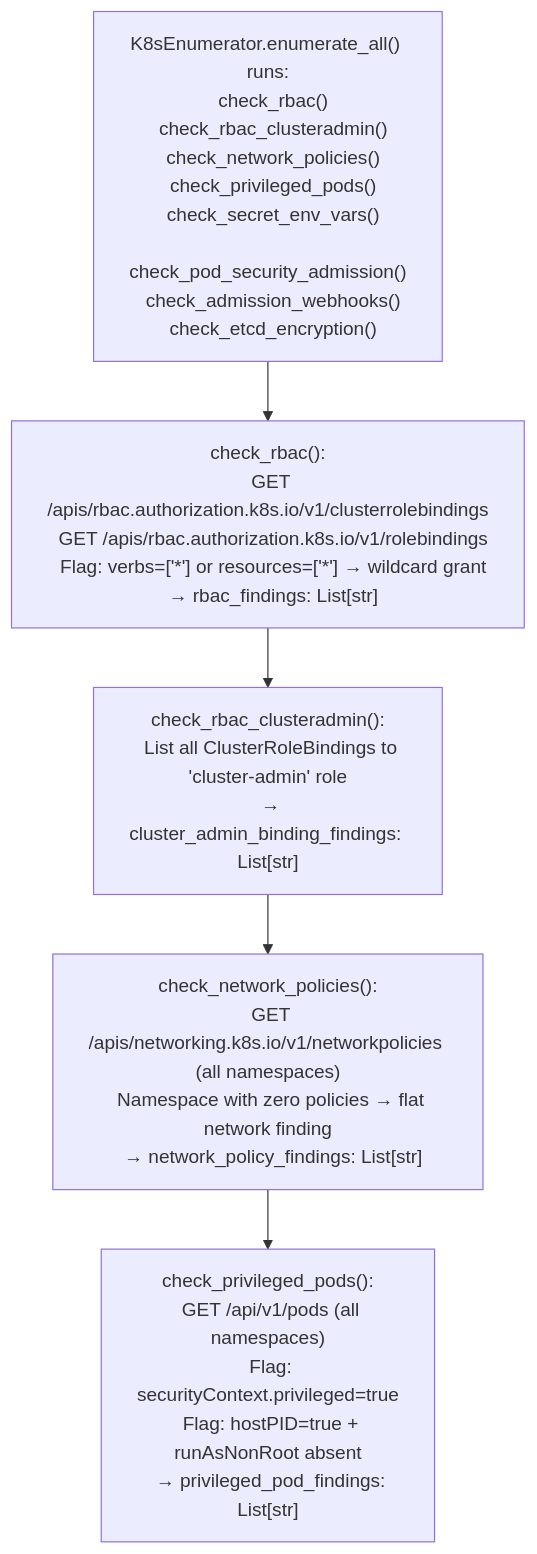
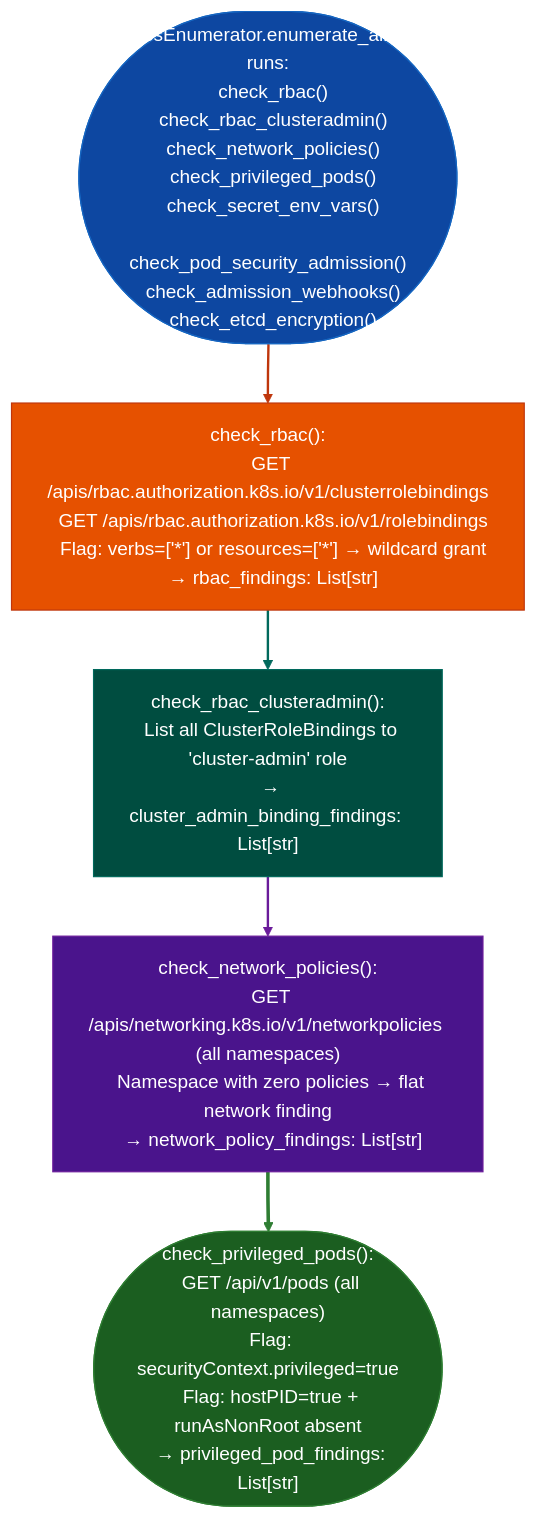
One commit to Ablation-Tool/ablation changed the diagram in docs/reference-modules/kubernetes-policy-posture.md. Above: the diagram before and after it, drawn with Mermaid. The commit also changed 320 other files, not shown here.

First line of the commit message:
docs: apply canonical Mermaid template to all 321 diagrams

````diff
--- a/docs/reference-modules/kubernetes-policy-posture.md
+++ b/docs/reference-modules/kubernetes-policy-posture.md
@@ -19,7 +19,17 @@
 ```mermaid
 flowchart TD
-    A["K8sEnumerator.enumerate_all() runs:\n  check_rbac()\n  check_rbac_clusteradmin()\n  check_network_policies()\n  check_privileged_pods()\n  check_secret_env_vars()\n  check_pod_security_admission()\n  check_admission_webhooks()\n  check_etcd_encryption()"] --> B["check_rbac():\n  GET /apis/rbac.authorization.k8s.io/v1/clusterrolebindings\n  GET /apis/rbac.authorization.k8s.io/v1/rolebindings\n  Flag: verbs=['*'] or resources=['*'] → wildcard grant\n  → rbac_findings: List[str]"]
-    B --> C["check_rbac_clusteradmin():\n  List all ClusterRoleBindings to 'cluster-admin' role\n  → cluster_admin_binding_findings: List[str]"]
-    C --> D["check_network_policies():\n  GET /apis/networking.k8s.io/v1/networkpolicies (all namespaces)\n  Namespace with zero policies → flat network finding\n  → network_policy_findings: List[str]"]
-    D --> E["check_privileged_pods():\n  GET /api/v1/pods (all namespaces)\n  Flag: securityContext.privileged=true\n  Flag: hostPID=true + runAsNonRoot absent\n  → privileged_pod_findings: List[str]"]
+    A(["K8sEnumerator.enumerate_all() runs:\n  check_rbac()\n  check_rbac_clusteradmin()\n  check_network_policies()\n  check_privileged_pods()\n  check_secret_env_vars()\n  check_pod_security_admission()\n  check_admission_webhooks()\n  check_etcd_encryption()"]):::input --> B["check_rbac():\n  GET /apis/rbac.authorization.k8s.io/v1/clusterrolebindings\n  GET /apis/rbac.authorization.k8s.io/v1/rolebindings\n  Flag: verbs=['*'] or resources=['*'] → wildcard grant\n  → rbac_findings: List[str]"]:::primary
+    B:::primary --> C["check_rbac_clusteradmin():\n  List all ClusterRoleBindings to 'cluster-admin' role\n  → cluster_admin_binding_findings: List[str]"]:::secondary
+    C:::secondary --> D["check_network_policies():\n  GET /apis/networking.k8s.io/v1/networkpolicies (all namespaces)\n  Namespace with zero policies → flat network finding\n  → network_policy_findings: List[str]"]:::tertiary
+    D:::tertiary --> E(["check_privileged_pods():\n  GET /api/v1/pods (all namespaces)\n  Flag: securityContext.privileged=true\n  Flag: hostPID=true + runAsNonRoot absent\n  → privileged_pod_findings: List[str]"]):::output
+    classDef input     fill:#0d47a1,stroke:#1565c0,color:#fff
+    classDef primary   fill:#e65100,stroke:#bf360c,color:#fff
+    classDef secondary fill:#004d40,stroke:#00695c,color:#fff
+    classDef tertiary  fill:#4a148c,stroke:#6a1b9a,color:#fff
+    classDef neutral   fill:#37474f,stroke:#546e7a,color:#fff
+    classDef output    fill:#1b5e20,stroke:#2e7d32,color:#fff
+    linkStyle 0 stroke:#bf360c,stroke-width:2px
+    linkStyle 1 stroke:#00695c,stroke-width:2px
+    linkStyle 2 stroke:#6a1b9a,stroke-width:2px
+    linkStyle 3 stroke:#2e7d32,stroke-width:3px
 ```
````
